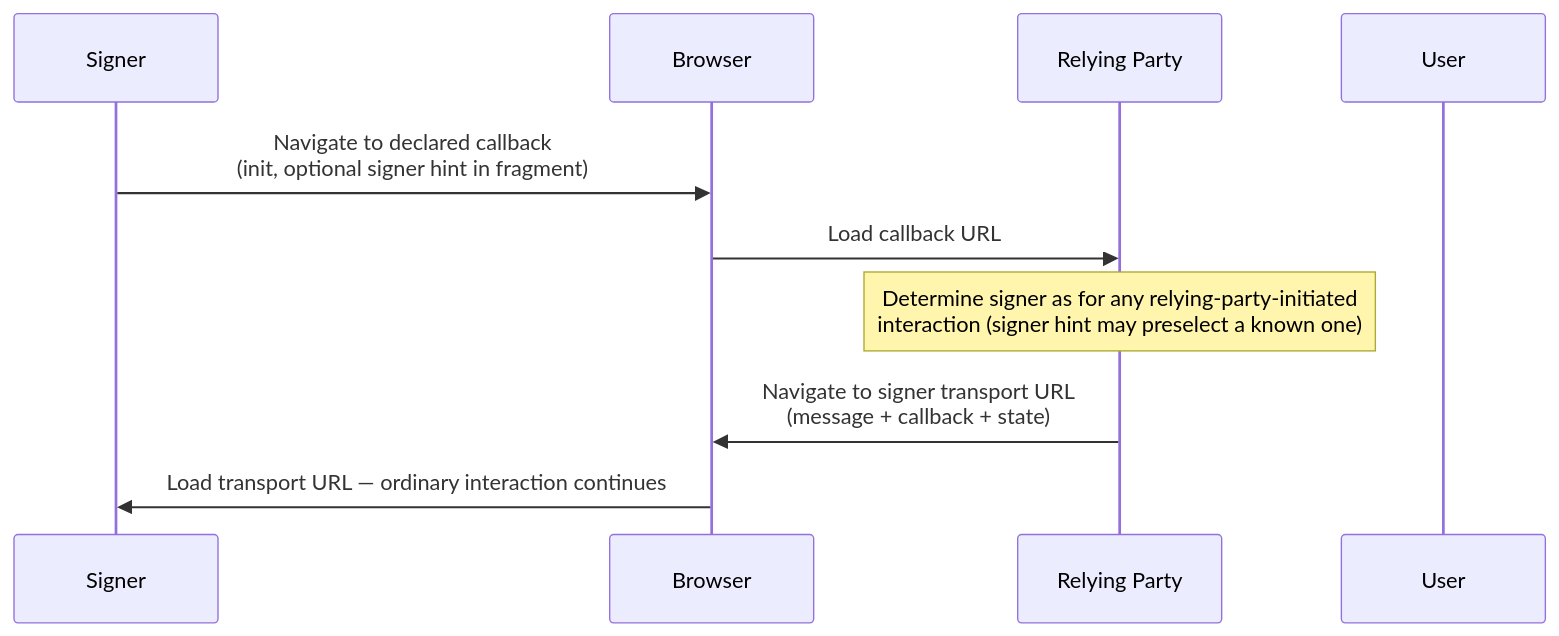
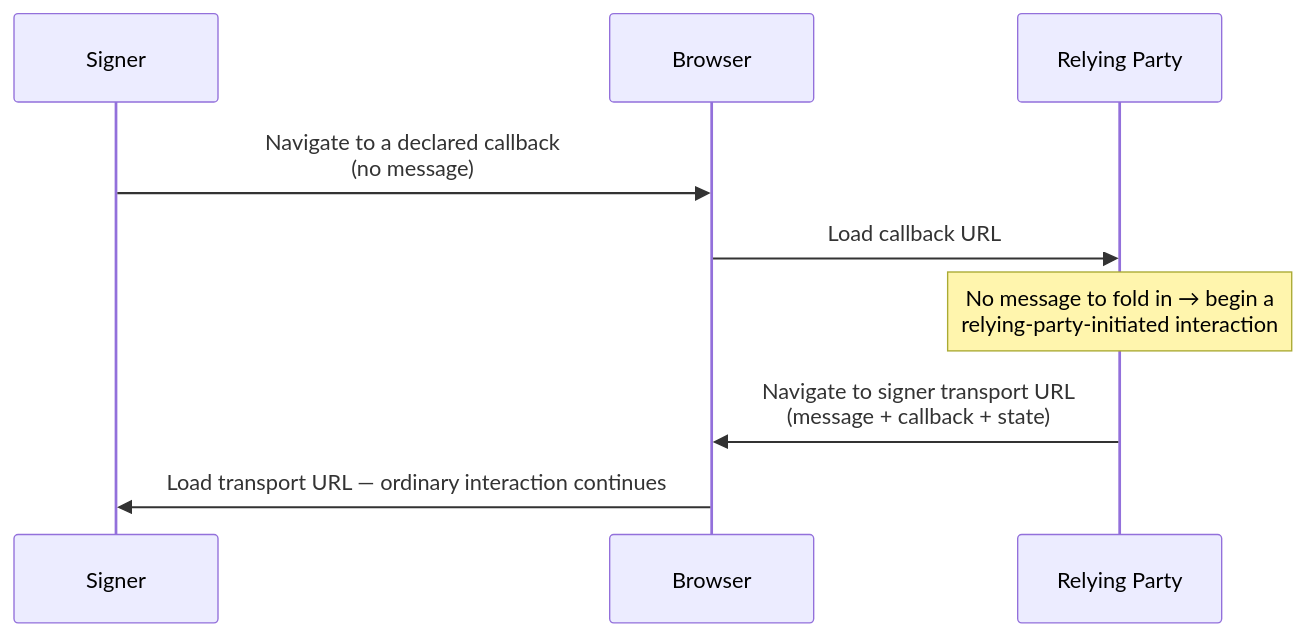
Before and after one commit to dfinity/wg-identity-authentication: the second of 2 diagrams in topics/icrc_167_browser_url_transport.md, drawn with Mermaid. The commit also changed other lines of this file, not shown here.

First line of the commit message:
ICRC-167: drop signer-initiated init marker and signer hint

````diff
--- a/topics/icrc_167_browser_url_transport.md
+++ b/topics/icrc_167_browser_url_transport.md
@@ -174,13 +167,12 @@
 ```mermaid
 sequenceDiagram
     participant S as Signer
     participant B as Browser
     participant RP as Relying Party
-    participant U as User
 
-    S ->> B: Navigate to declared callback<br>(init, optional signer hint in fragment)
+    S ->> B: Navigate to a declared callback<br>(no message)
     B ->> RP: Load callback URL
-    Note over RP: Determine signer as for any relying-party-initiated<br>interaction (signer hint may preselect a known one)
+    Note over RP: No message to fold in → begin a<br>relying-party-initiated interaction
     RP ->> B: Navigate to signer transport URL<br>(message + callback + state)
     B ->> S: Load transport URL — ordinary interaction continues
 ```
````
